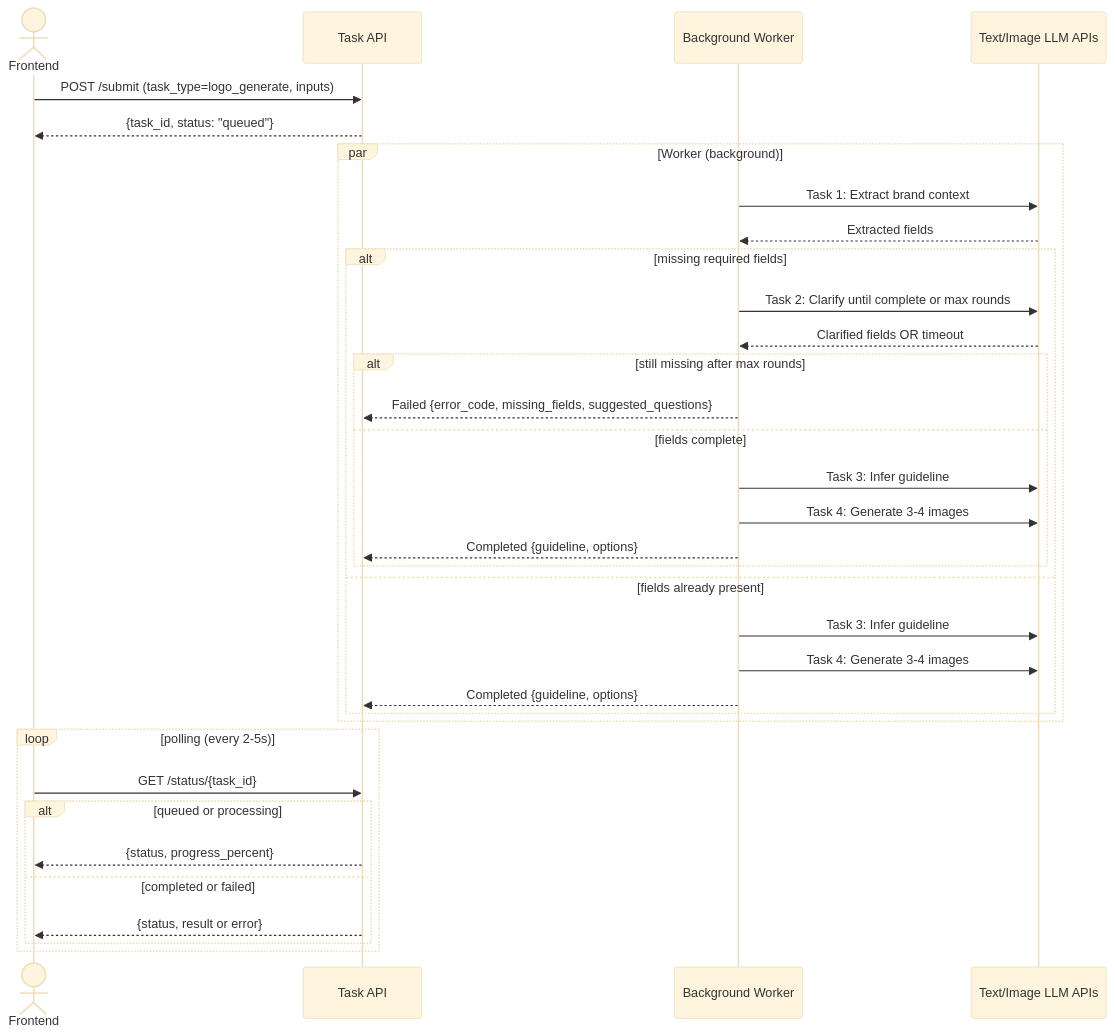
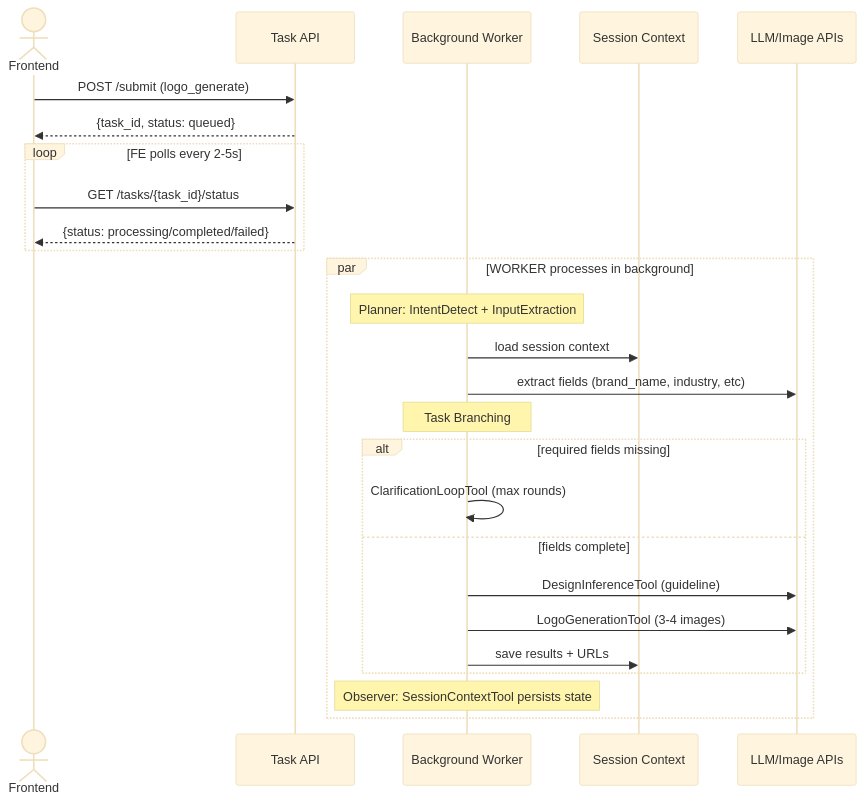
One commit to Ne4nf/Agent-Memory changed the third of 3 diagrams in tech.md. Above: the diagram before and after it, drawn with Mermaid (base theme). The commit also changed other lines of this file, not shown here.

First line of the commit message:
Revise POC objectives and architecture details

````diff
--- a/tech.md
+++ b/tech.md
@@ -203,40 +169,32 @@
 ```mermaid
 sequenceDiagram
     actor FE as Frontend
     participant API as Task API
     participant WORKER as Background Worker
-    participant LLM as Text/Image LLM APIs
+    participant CTX as Session Context
+    participant LLM as LLM/Image APIs
 
-    FE->>API: POST /submit (task_type=logo_generate, inputs)
-    API-->>FE: {task_id, status: "queued"}
+    FE->>API: POST /submit (logo_generate)
+    API-->>FE: {task_id, status: queued}
 
-    par Worker (background)
-        WORKER->>LLM: Task 1: Extract brand context
-        LLM-->>WORKER: Extracted fields
-        
-        alt missing required fields
-            WORKER->>LLM: Task 2: Clarify until complete or max rounds
-            LLM-->>WORKER: Clarified fields OR timeout
-            alt still missing after max rounds
-                WORKER-->>API: Failed {error_code, missing_fields, suggested_questions}
-            else fields complete
-                WORKER->>LLM: Task 3: Infer guideline
-                WORKER->>LLM: Task 4: Generate 3-4 images
-                WORKER-->>API: Completed {guideline, options}
-            end
-        else fields already present
-            WORKER->>LLM: Task 3: Infer guideline
-            WORKER->>LLM: Task 4: Generate 3-4 images
-            WORKER-->>API: Completed {guideline, options}
-        end
+    loop FE polls every 2-5s
+        FE->>API: GET /tasks/{task_id}/status
+        API-->>FE: {status: processing/completed/failed}
     end
 
-    loop polling (every 2-5s)
-        FE->>API: GET /status/{task_id}
-        alt queued or processing
-            API-->>FE: {status, progress_percent}
-        else completed or failed
-            API-->>FE: {status, result or error}
+    par WORKER processes in background
+        Note over WORKER: Planner: IntentDetect + InputExtraction
+        WORKER->>CTX: load session context
+        WORKER->>LLM: extract fields (brand_name, industry, etc)
+        
+        Note over WORKER: Task Branching
+        alt required fields missing
+            WORKER->>WORKER: ClarificationLoopTool (max rounds)
+        else fields complete
+            WORKER->>LLM: DesignInferenceTool (guideline)
+            WORKER->>LLM: LogoGenerationTool (3-4 images)
+            WORKER->>CTX: save results + URLs
         end
+        Note over WORKER: Observer: SessionContextTool persists state
     end
 ```
````
